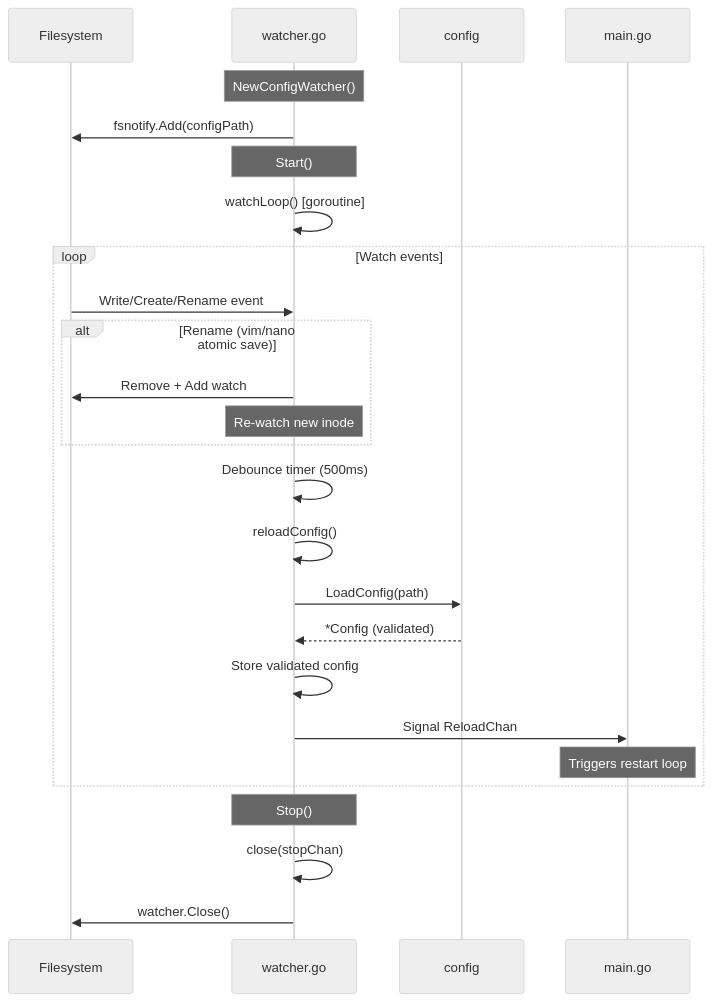
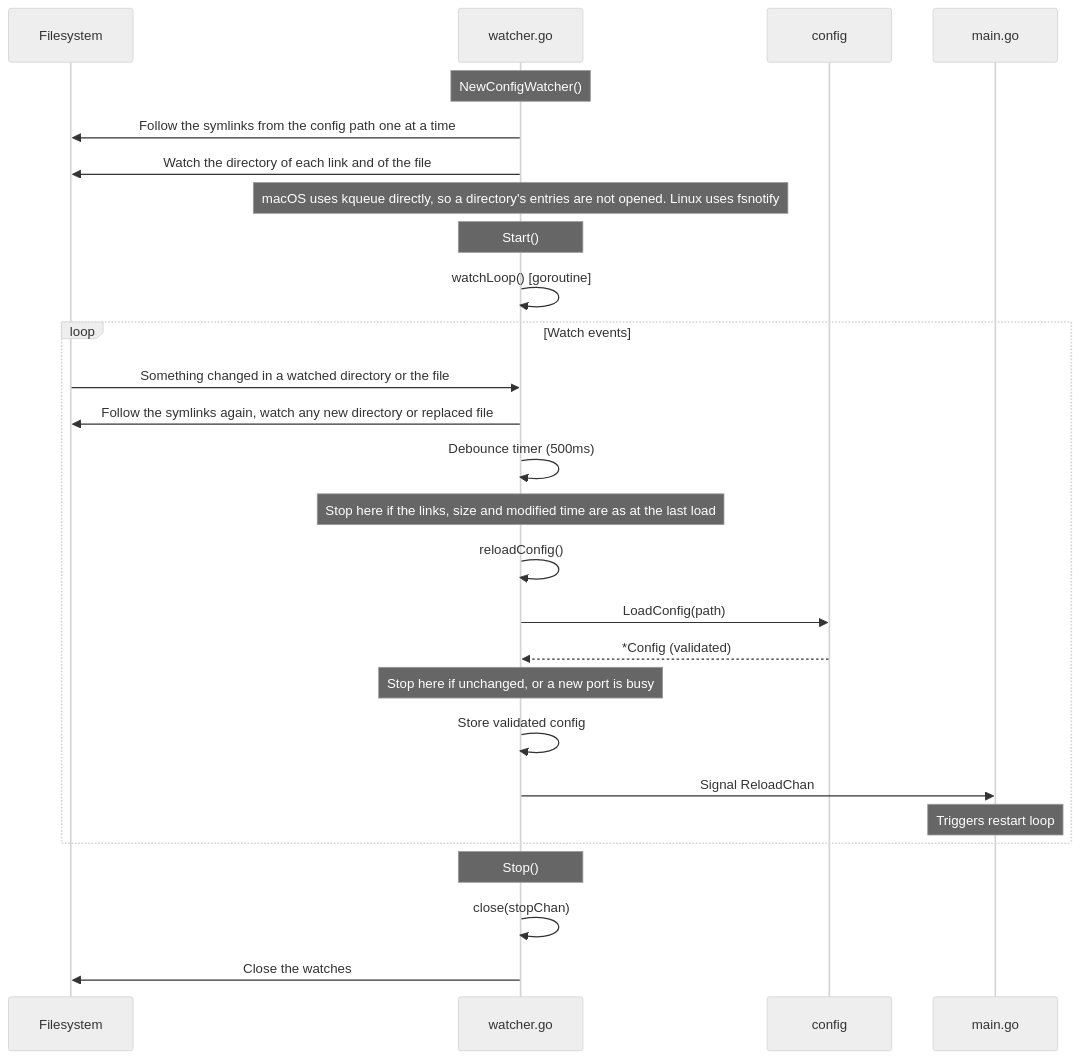
One commit to atas/autotunnel changed the tenth of 11 diagrams in internal/README.md. Above: the diagram before and after it, drawn with Mermaid (neutral theme). The commit also changed other lines of this file and 11 other files, not shown here.

Commit message:
Fix config auto-reload: replaced files, symlinks, port clashes

````diff
--- a/internal/README.md
+++ b/internal/README.md
@@ -426,35 +430,35 @@
 ```mermaid
 sequenceDiagram
     participant fs as Filesystem
     participant w as watcher.go
     participant cfg as config
     participant main as main.go
 
     Note over w: NewConfigWatcher()
-    w->>fs: fsnotify.Add(configPath)
+    w->>fs: Follow the symlinks from the config path one at a time
+    w->>fs: Watch the directory of each link and of the file
+    Note over w: macOS uses kqueue directly, so a directory's entries are not opened. Linux uses fsnotify
 
     Note over w: Start()
     w->>w: watchLoop() [goroutine]
 
     loop Watch events
-        fs->>w: Write/Create/Rename event
-
-        alt Rename (vim/nano atomic save)
-            w->>fs: Remove + Add watch
-            Note over w: Re-watch new inode
-        end
+        fs->>w: Something changed in a watched directory or the file
+        w->>fs: Follow the symlinks again, watch any new directory or replaced file
 
         w->>w: Debounce timer (500ms)
+        Note over w: Stop here if the links, size and modified time are as at the last load
         w->>w: reloadConfig()
         w->>cfg: LoadConfig(path)
         cfg-->>w: *Config (validated)
 
+        Note over w: Stop here if unchanged, or a new port is busy
         w->>w: Store validated config
         w->>main: Signal ReloadChan
         Note over main: Triggers restart loop
     end
 
     Note over w: Stop()
     w->>w: close(stopChan)
-    w->>fs: watcher.Close()
+    w->>fs: Close the watches
 ```
````
